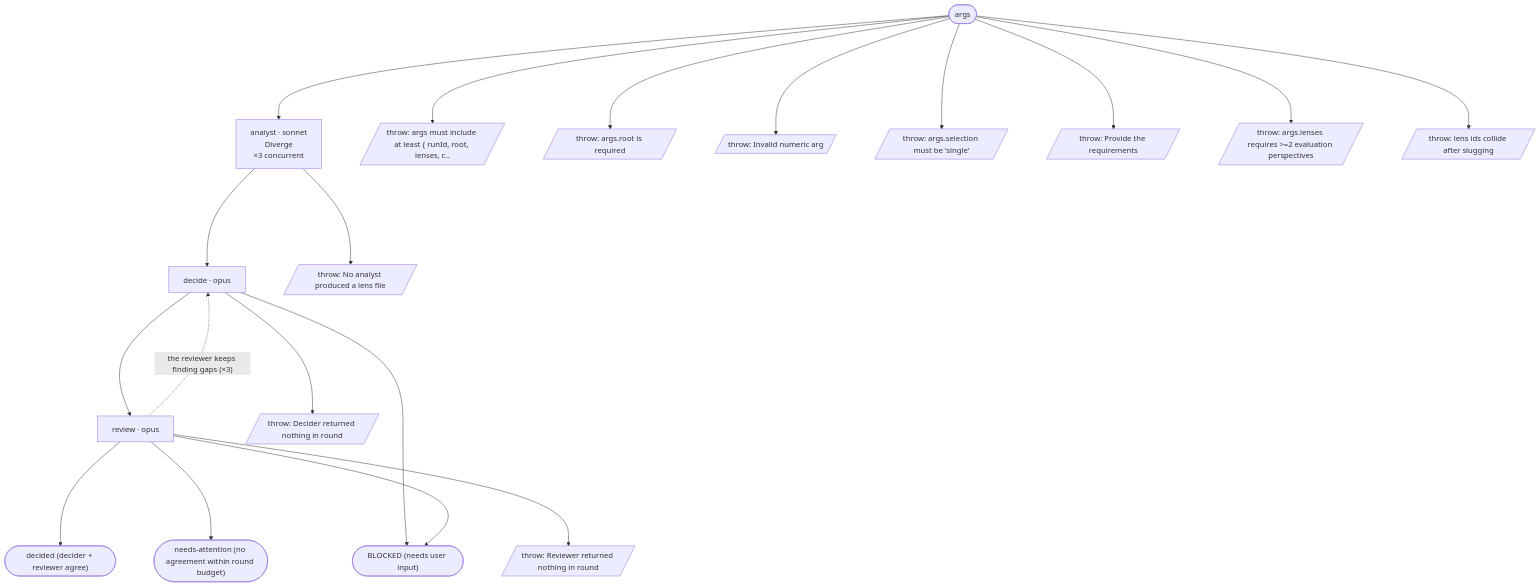
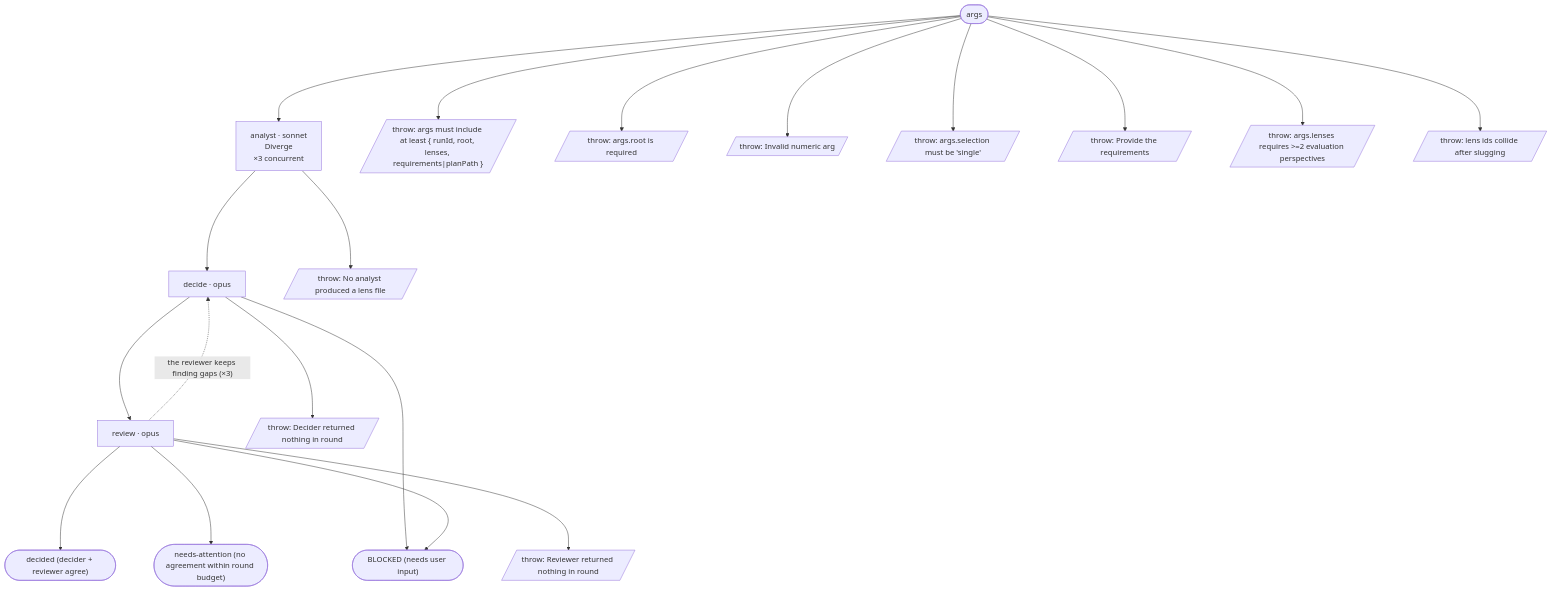
The diagram in workflows/decide/FLOW.md (Blakeem/aipromptguide-workflows), drawn with Mermaid before and after one commit. The commit also changed other lines of this file and 11 other files, not shown here.

Commit message:
cleaned up flow files for display on website

````diff
--- a/workflows/decide/FLOW.md
+++ b/workflows/decide/FLOW.md
@@ -8,39 +8,39 @@
 ```mermaid
 %%{init: {"flowchart": {"nodeSpacing": 80, "rankSpacing": 200}}}%%
 flowchart TD
   S0(["args"])
   a1["analyst · sonnet<br/>Diverge<br/>×3 concurrent"]
   a2["decide · opus"]
   a3["review · opus"]
   t1(["decided (decider + reviewer agree)"])
   t2(["needs-attention (no agreement within round budget)"])
   t3(["BLOCKED (needs user input)"])
-  x1[/"throw: args must include at least { runId, root, lenses, r…"/]
+  x1[/"throw: args must include at least { runId, root, lenses, requirements#124;planPath }"/]
   x2[/"throw: args.root is required"/]
   x3[/"throw: Invalid numeric arg"/]
   x4[/"throw: args.selection must be 'single'"/]
   x5[/"throw: Provide the requirements"/]
   x6[/"throw: args.lenses requires >=2 evaluation perspectives"/]
   x7[/"throw: lens ids collide after slugging"/]
   x8[/"throw: No analyst produced a lens file"/]
   x9[/"throw: Decider returned nothing in round"/]
   x10[/"throw: Reviewer returned nothing in round"/]
   S0 --> a1
   S0 --> x1
   S0 --> x2
   S0 --> x3
   S0 --> x4
   S0 --> x5
   S0 --> x6
   S0 --> x7
   a1 --> a2
   a1 --> x8
   a2 --> a3
   a2 --> t3
   a2 --> x9
   a3 -.->|"the reviewer keeps finding gaps (×3)"| a2
   a3 --> t1
   a3 --> t2
   a3 --> t3
   a3 --> x10
 ```
````
